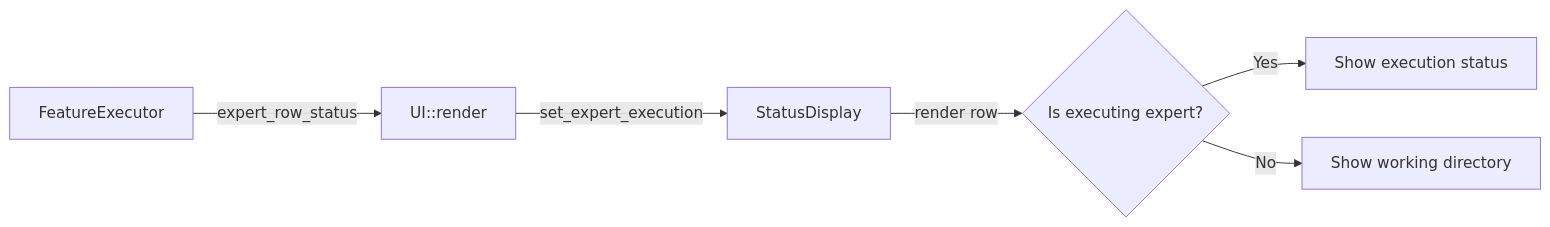
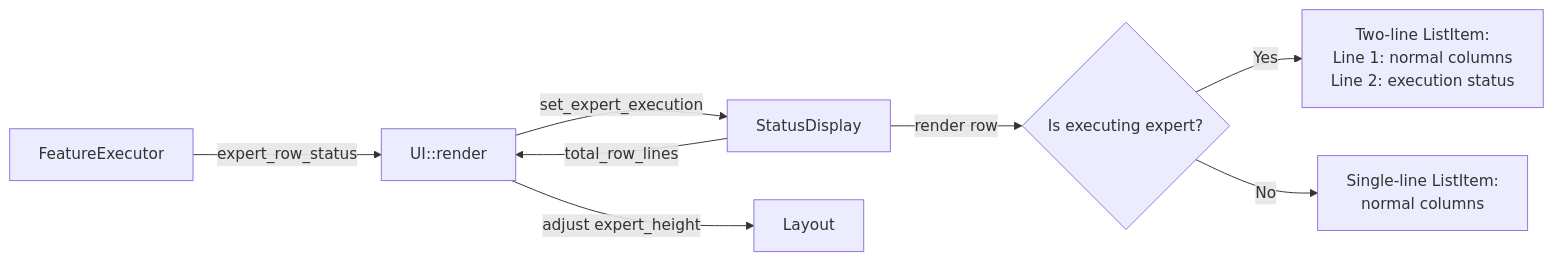
One commit to Cassin01/multi_agent_control_tower changed the diagram in .macot/specs/expert-row-execution-status-design.md. Above: the diagram before and after it, drawn with Mermaid. The commit also changed other lines of this file and 4 other files, not shown here.

First line of the commit message:
Fix expert status not resetting to pending on exit+relaunch flows

````diff
--- a/.macot/specs/expert-row-execution-status-design.md
+++ b/.macot/specs/expert-row-execution-status-design.md
@@ -13,8 +13,10 @@
 ```mermaid
 flowchart LR
     FE[FeatureExecutor] -->|expert_row_status| UI[UI::render]
     UI -->|set_expert_execution| SD[StatusDisplay]
     SD -->|render row| Row{Is executing expert?}
-    Row -->|Yes| ES[Show execution status]
-    Row -->|No| WD[Show working directory]
+    Row -->|Yes| TL[Two-line ListItem:<br/>Line 1: normal columns<br/>Line 2: execution status]
+    Row -->|No| SL[Single-line ListItem:<br/>normal columns]
+    SD -->|total_row_lines| UI
+    UI -->|adjust expert_height| Layout
 ```
````
